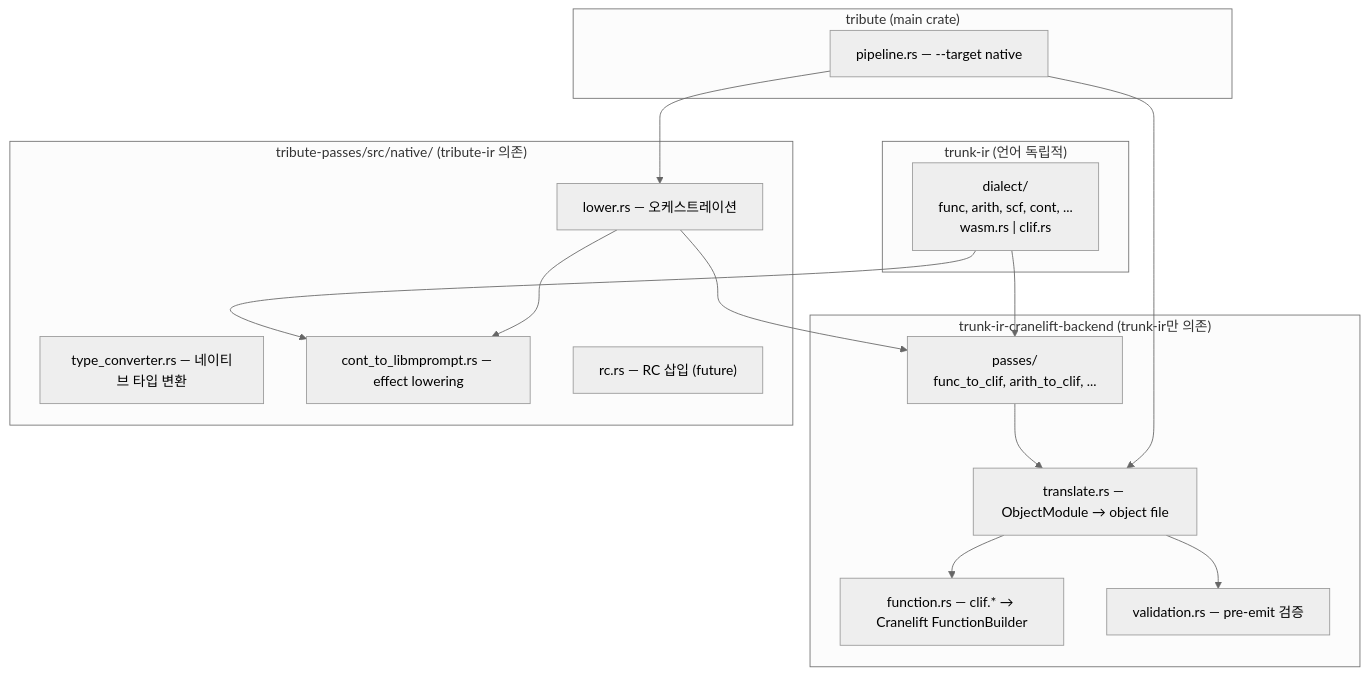
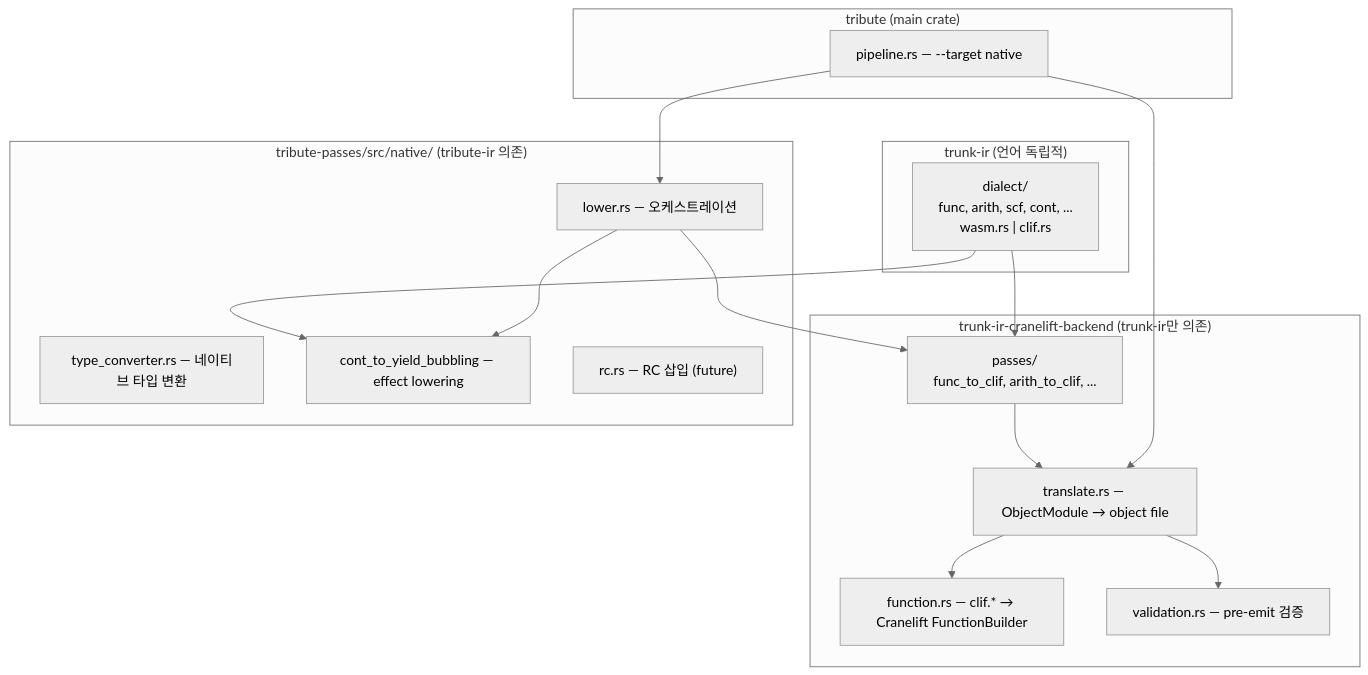
The first of 2 diagrams in new-plans/cranelift-backend.md (Kroisse/tribute), drawn with Mermaid (neutral theme) before and after one commit. The commit also changed other lines of this file and 3 other files, not shown here.

````diff
--- a/new-plans/cranelift-backend.md
+++ b/new-plans/cranelift-backend.md
@@ -19,34 +19,34 @@
 ```mermaid
 graph TD
     subgraph "trunk-ir (언어 독립적)"
         dialects["dialect/\nfunc, arith, scf, cont, ...\nwasm.rs | clif.rs"]
     end
 
     subgraph "trunk-ir-cranelift-backend (trunk-ir만 의존)"
         translate["translate.rs — ObjectModule → object file"]
         function["function.rs — clif.* → Cranelift FunctionBuilder"]
         validation["validation.rs — pre-emit 검증"]
         passes["passes/\nfunc_to_clif, arith_to_clif, ..."]
     end
 
     subgraph "tribute-passes/src/native/ (tribute-ir 의존)"
         lower["lower.rs — 오케스트레이션"]
         type_conv["type_converter.rs — 네이티브 타입 변환"]
-        cont_libmprompt["cont_to_libmprompt.rs — effect lowering"]
+        cont_yb["cont_to_yield_bubbling — effect lowering"]
         rc["rc.rs — RC 삽입 (future)"]
     end
 
     subgraph "tribute (main crate)"
         pipeline["pipeline.rs — --target native"]
     end
 
     dialects --> passes
-    dialects --> cont_libmprompt
+    dialects --> cont_yb
     passes --> translate
     translate --> function
     translate --> validation
     lower --> passes
-    lower --> cont_libmprompt
+    lower --> cont_yb
     pipeline --> lower
     pipeline --> translate
 ```
````
